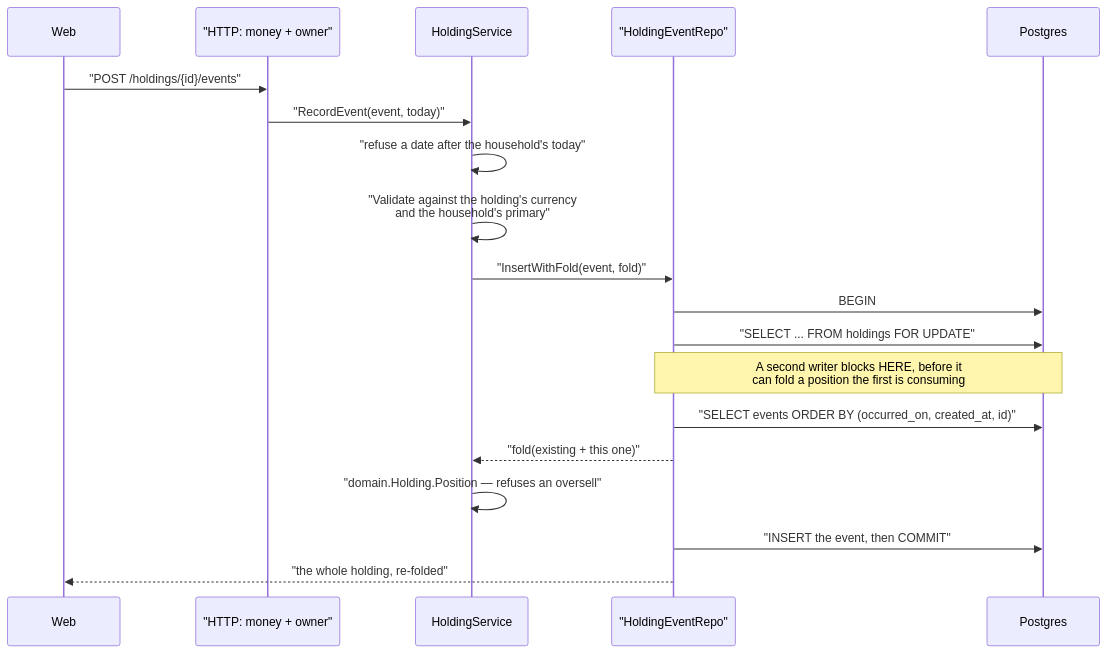
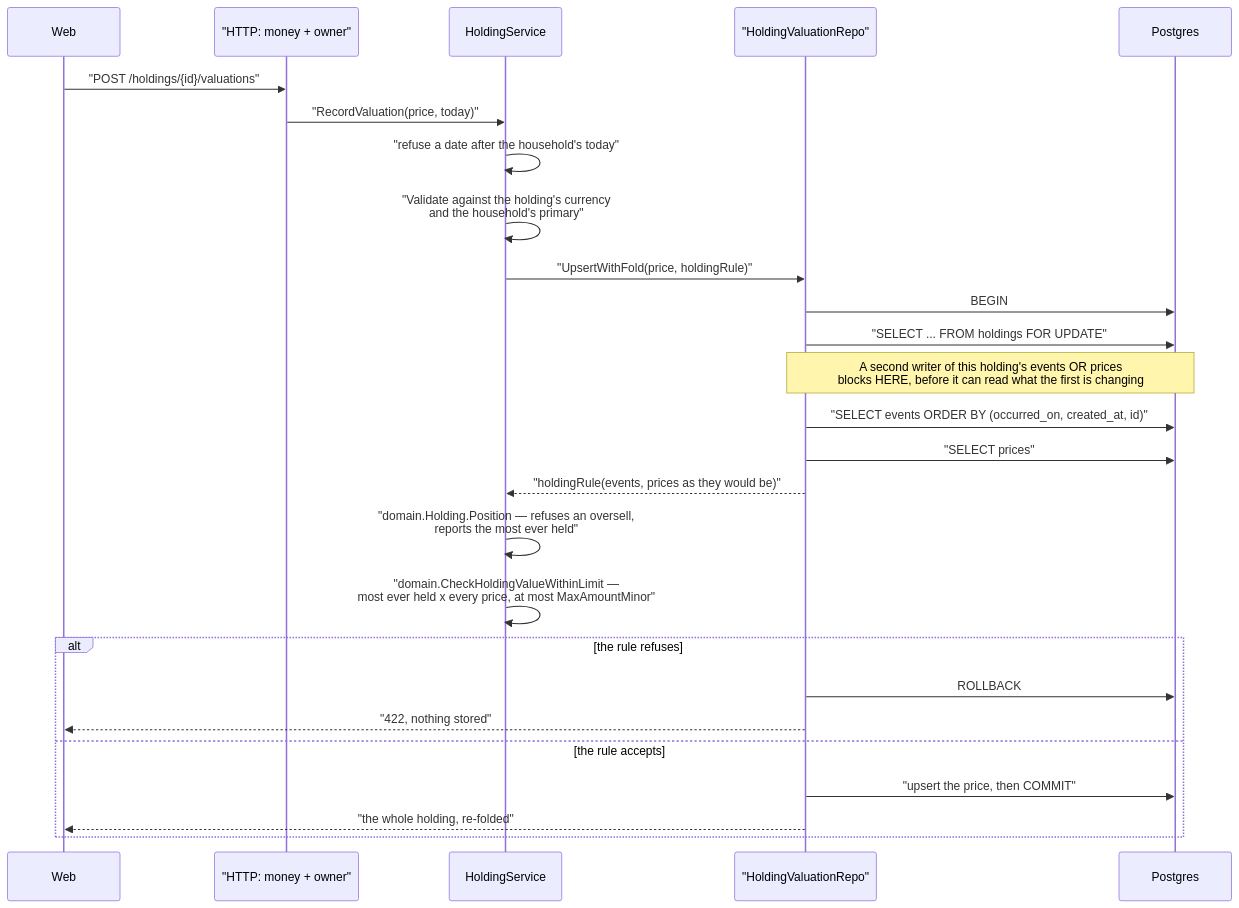
Diagram 24 of 29 in docs/SYSTEM_DESIGN.md (oandrz/Household), drawn with Mermaid before and after one commit. The commit also changed other lines of this file and 5 other files, not shown here.

````diff
--- a/docs/SYSTEM_DESIGN.md
+++ b/docs/SYSTEM_DESIGN.md
@@ -3056,22 +3061,29 @@
 ```mermaid
 sequenceDiagram
     participant W as Web
     participant H as "HTTP: money + owner"
     participant S as HoldingService
-    participant R as "HoldingEventRepo"
+    participant R as "HoldingValuationRepo"
     participant DB as Postgres
 
-    W->>H: "POST /holdings/{id}/events"
-    H->>S: "RecordEvent(event, today)"
+    W->>H: "POST /holdings/{id}/valuations"
+    H->>S: "RecordValuation(price, today)"
     S->>S: "refuse a date after the household's today"
     S->>S: "Validate against the holding's currency<br/>and the household's primary"
-    S->>R: "InsertWithFold(event, fold)"
+    S->>R: "UpsertWithFold(price, holdingRule)"
     R->>DB: BEGIN
     R->>DB: "SELECT ... FROM holdings FOR UPDATE"
-    Note over R,DB: A second writer blocks HERE, before it<br/>can fold a position the first is consuming
+    Note over R,DB: A second writer of this holding's events OR prices<br/>blocks HERE, before it can read what the first is changing
     R->>DB: "SELECT events ORDER BY (occurred_on, created_at, id)"
-    R-->>S: "fold(existing + this one)"
-    S->>S: "domain.Holding.Position — refuses an oversell"
-    R->>DB: "INSERT the event, then COMMIT"
-    R-->>W: "the whole holding, re-folded"
+    R->>DB: "SELECT prices"
+    R-->>S: "holdingRule(events, prices as they would be)"
+    S->>S: "domain.Holding.Position — refuses an oversell,<br/>reports the most ever held"
+    S->>S: "domain.CheckHoldingValueWithinLimit —<br/>most ever held x every price, at most MaxAmountMinor"
+    alt the rule refuses
+        R->>DB: ROLLBACK
+        R-->>W: "422, nothing stored"
+    else the rule accepts
+        R->>DB: "upsert the price, then COMMIT"
+        R-->>W: "the whole holding, re-folded"
+    end
 ```
````
